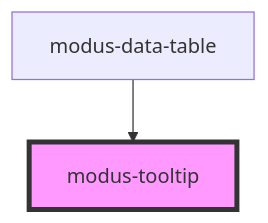
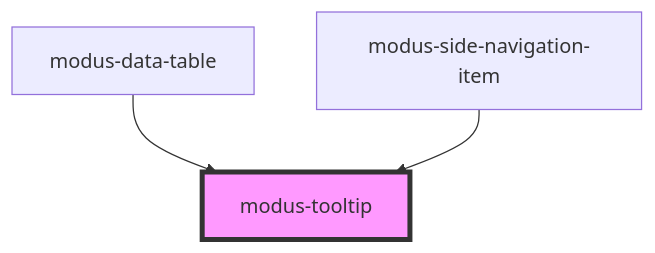
The diagram in stencil-workspace/src/components/modus-tooltip/readme.md (trimble-oss/modus-web-components), drawn with Mermaid before and after one commit. The commit also changed other lines of this file and 24 other files, not shown here.

Commit message:
Added Modus Side Navigation component

````diff
--- a/stencil-workspace/src/components/modus-tooltip/readme.md
+++ b/stencil-workspace/src/components/modus-tooltip/readme.md
@@ -24,5 +25,6 @@
 ```mermaid
 graph TD;
   modus-data-table --> modus-tooltip
+  modus-side-navigation-item --> modus-tooltip
   style modus-tooltip fill:#f9f,stroke:#333,stroke-width:4px
 ```
````
